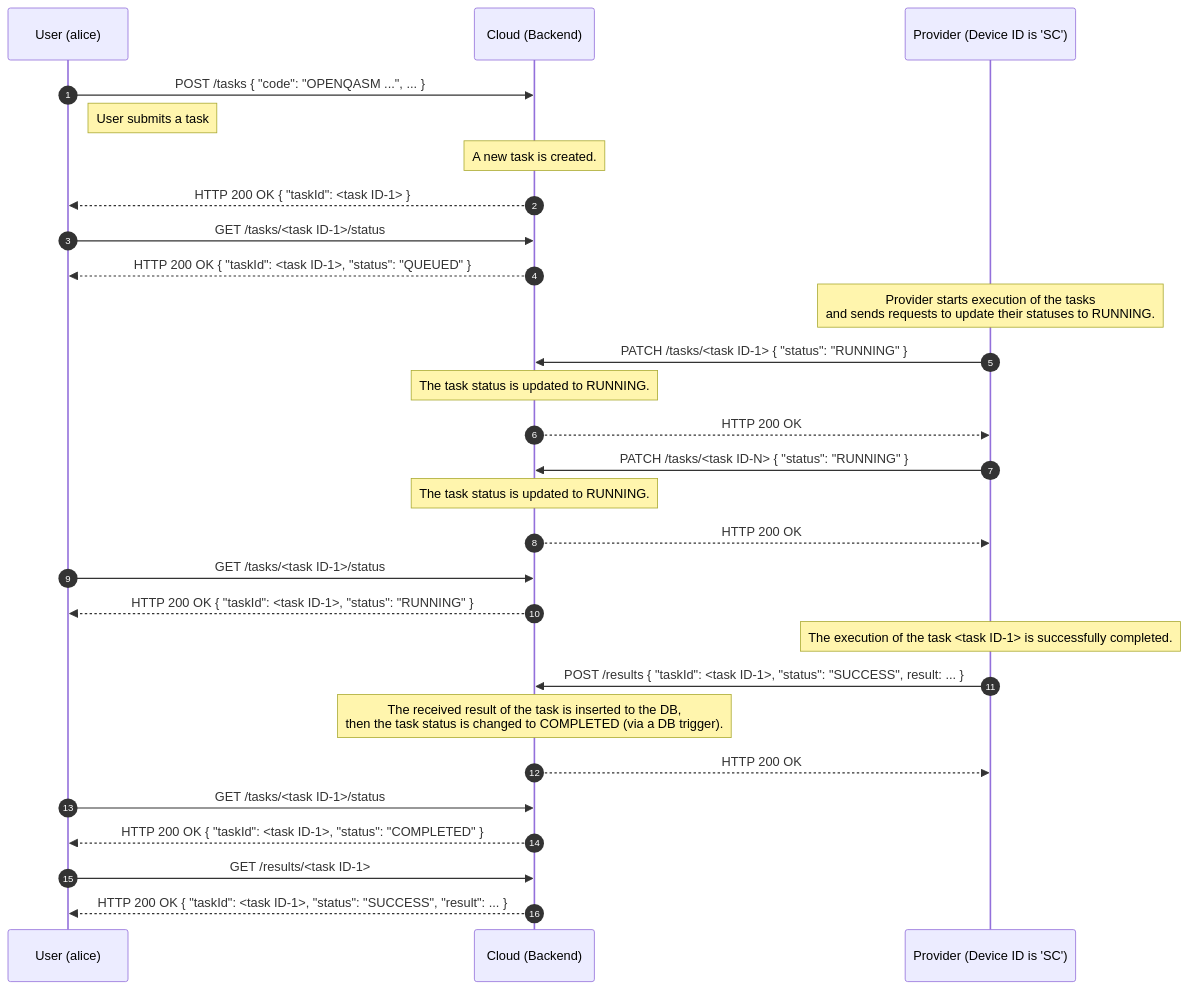
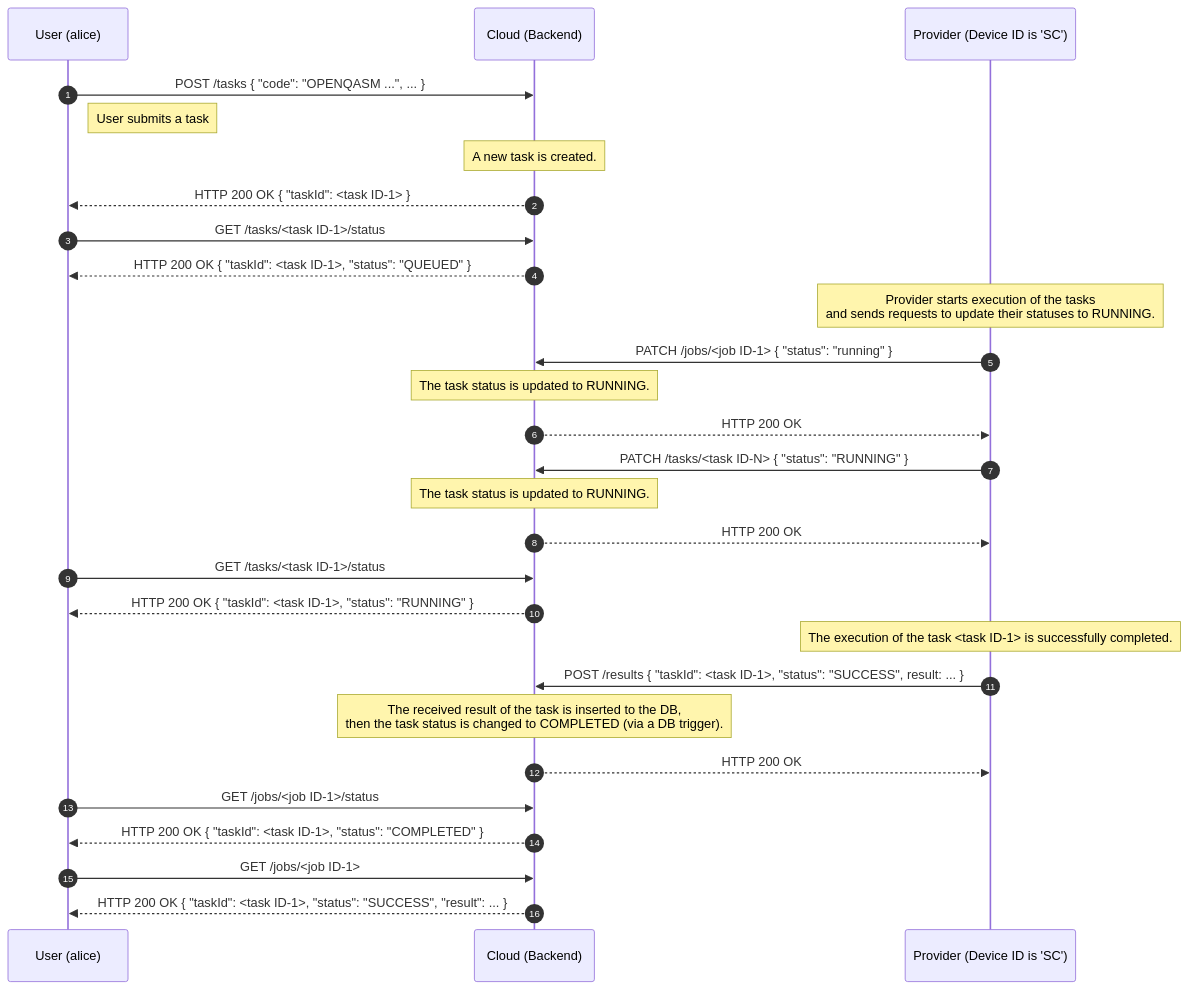
The first of 3 diagrams in docs/en/architecture/sequence_diagram.md (oqtopus-team/oqtopus-cloud), drawn with Mermaid before and after one commit. The commit also changed other lines of this file and 79 other files, not shown here.

Commit message:
refactor: Revise job schemas  (#43)

````diff
--- a/docs/en/architecture/sequence_diagram.md
+++ b/docs/en/architecture/sequence_diagram.md
@@ -16,38 +16,38 @@
 ```mermaid
 sequenceDiagram
     autonumber
     participant User as User (alice)
     participant Cloud as Cloud (Backend)
     participant Provider as Provider (Device ID is 'SC')
 
     User->>Cloud: POST /tasks { "code": "OPENQASM ...", ... }
     Note right of User: User submits a task
     Note over Cloud: A new task is created.
     Cloud-->>User: HTTP 200 OK { "taskId": <task ID-1> }
 
     User->>Cloud: GET /tasks/<task ID-1>/status
     Cloud-->>User: HTTP 200 OK { "taskId": <task ID-1>, "status": "QUEUED" }
 
     Note over Provider: Provider starts execution of the tasks<br>and sends requests to update their statuses to RUNNING.
-    Provider->>Cloud: PATCH /tasks/<task ID-1> { "status": "RUNNING" }
+    Provider->>Cloud: PATCH /jobs/<job ID-1> { "status": "running" }
     Note over Cloud: The task status is updated to RUNNING.
     Cloud-->>Provider: HTTP 200 OK
 
     Provider->>Cloud: PATCH /tasks/<task ID-N> { "status": "RUNNING" }
     Note over Cloud: The task status is updated to RUNNING.
     Cloud-->>Provider: HTTP 200 OK
 
     User->>Cloud: GET /tasks/<task ID-1>/status
     Cloud-->>User: HTTP 200 OK { "taskId": <task ID-1>, "status": "RUNNING" }
     Note over Provider: The execution of the task <task ID-1> is successfully completed.
     Provider->>Cloud: POST /results { "taskId": <task ID-1>, "status": "SUCCESS", result: ... }
 
     Note over Cloud: The received result of the task is inserted to the DB,<br> then the task status is changed to COMPLETED (via a DB trigger).
     Cloud-->>Provider: HTTP 200 OK
 
-    User->>Cloud: GET /tasks/<task ID-1>/status
+    User->>Cloud: GET /jobs/<job ID-1>/status
     Cloud-->>User: HTTP 200 OK { "taskId": <task ID-1>, "status": "COMPLETED" }
 
-    User->>Cloud: GET /results/<task ID-1>
+    User->>Cloud: GET /jobs/<job ID-1>
     Cloud-->>User: HTTP 200 OK { "taskId": <task ID-1>, "status": "SUCCESS", "result": ... }
 ```
````
